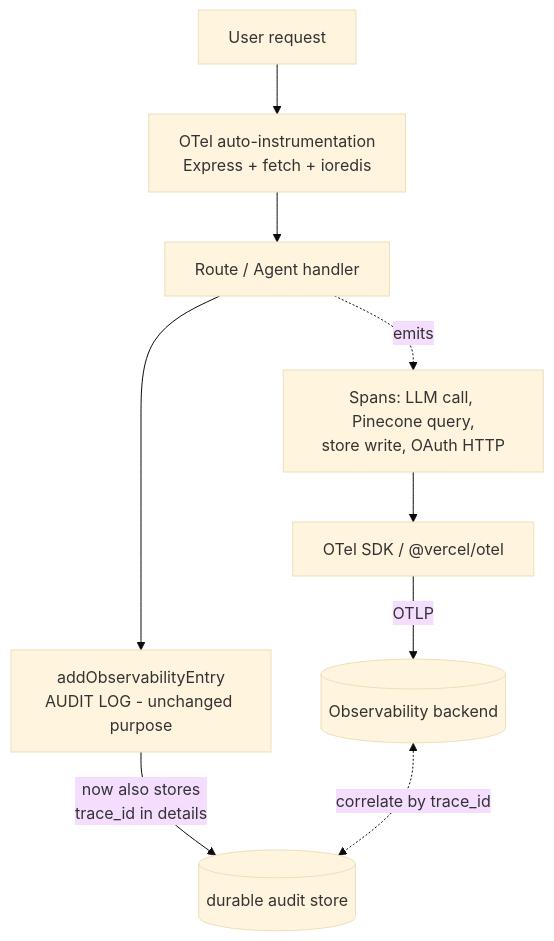
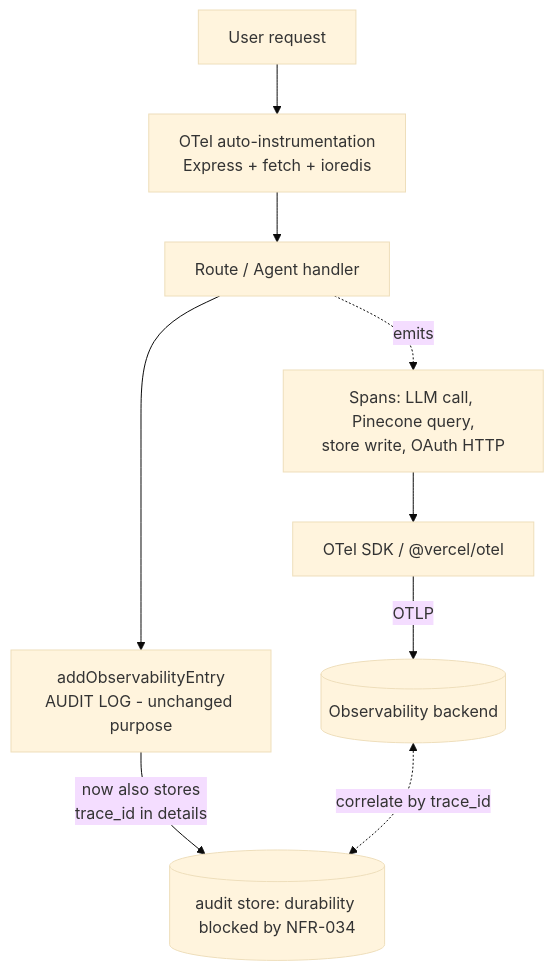
Before and after one commit to jbaker7989/RecruitingApp: the third of 3 diagrams in docs/features/observability/feature-opentelemetry-integration.md, drawn with Mermaid (base theme). The commit also changed other lines of this file and 62 other files, not shown here.

````diff
--- a/docs/features/observability/feature-opentelemetry-integration.md
+++ b/docs/features/observability/feature-opentelemetry-integration.md
@@ -205,15 +215,15 @@
 ```mermaid
 flowchart TB
     U[User request] --> MW[OTel auto-instrumentation<br/>Express + fetch + ioredis]
     MW --> RT[Route / Agent handler]
 
     RT -.emits.-> SP[Spans: LLM call, Pinecone query,<br/>store write, OAuth HTTP]
     RT --> AUD[addObservabilityEntry<br/>AUDIT LOG - unchanged purpose]
 
     SP --> SDK[OTel SDK / @vercel/otel]
     SDK -->|OTLP| BK[(Observability backend)]
 
-    AUD -->|now also stores<br/>trace_id in details| STORE[(durable audit store)]
+    AUD -->|now also stores<br/>trace_id in details| STORE[(audit store: durability blocked by NFR-034)]
 
     BK <-. correlate by trace_id .-> STORE
 ```
````
